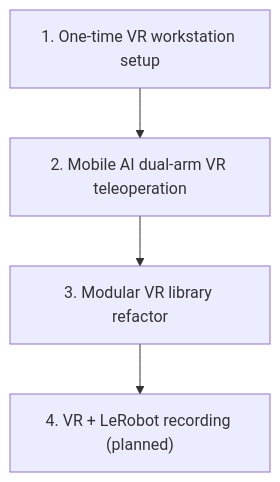
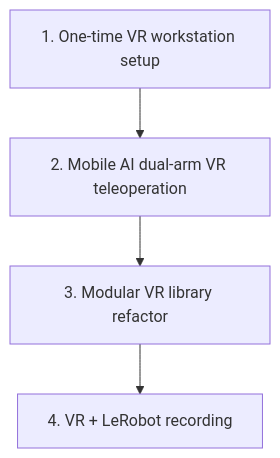
The third of 3 diagrams in docs/EPIC4_VR_INTEGRATION.md (trossenmobileai/trossen_ai_isaac), drawn with Mermaid before and after one commit. The commit also changed other lines of this file and 4 other files, not shown here.

````diff
--- a/docs/EPIC4_VR_INTEGRATION.md
+++ b/docs/EPIC4_VR_INTEGRATION.md
@@ -136,9 +136,9 @@
 ```mermaid
 flowchart TD
   S1["1. One-time VR workstation setup"]
   S2["2. Mobile AI dual-arm VR teleoperation"]
   S3["3. Modular VR library refactor"]
-  S4["4. VR + LeRobot recording (planned)"]
+  S4["4. VR + LeRobot recording"]
 
   S1 --> S2 --> S3 --> S4
 ```
````
